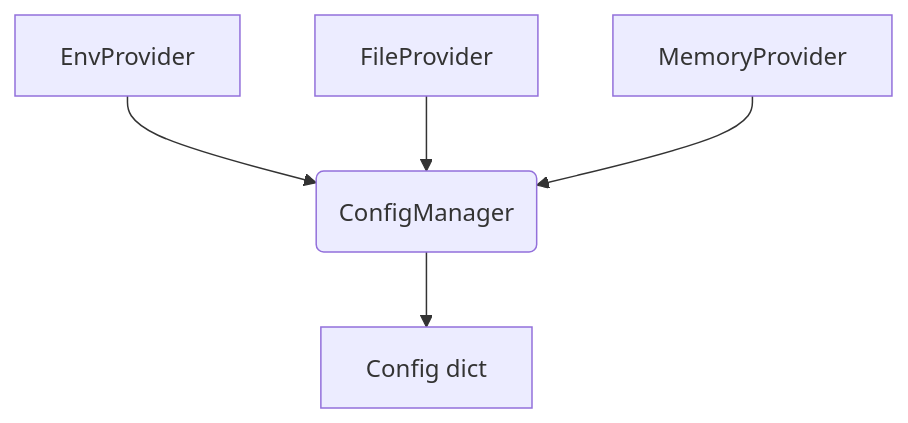
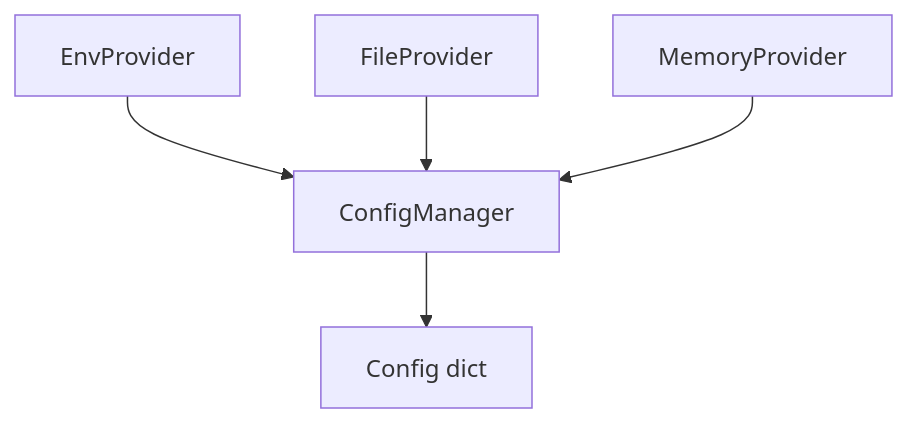
Before and after one commit to Leikaab/apiconfig: the diagram in apiconfig/config/providers/README.md, drawn with Mermaid. The commit also changed other lines of this file, not shown here.

Commit message:
docs: update provider docs with API and architecture

````diff
--- a/apiconfig/config/providers/README.md
+++ b/apiconfig/config/providers/README.md
@@ -45,7 +46,7 @@
 ```mermaid
 flowchart TB
-    A[EnvProvider] --> M(ConfigManager)
-    B[FileProvider] --> M
-    C[MemoryProvider] --> M
-    M --> D[Config dict]
+    EnvProvider --> ConfigManager
+    FileProvider --> ConfigManager
+    MemoryProvider --> ConfigManager
+    ConfigManager --> ConfigDict[Config dict]
 ```
````
